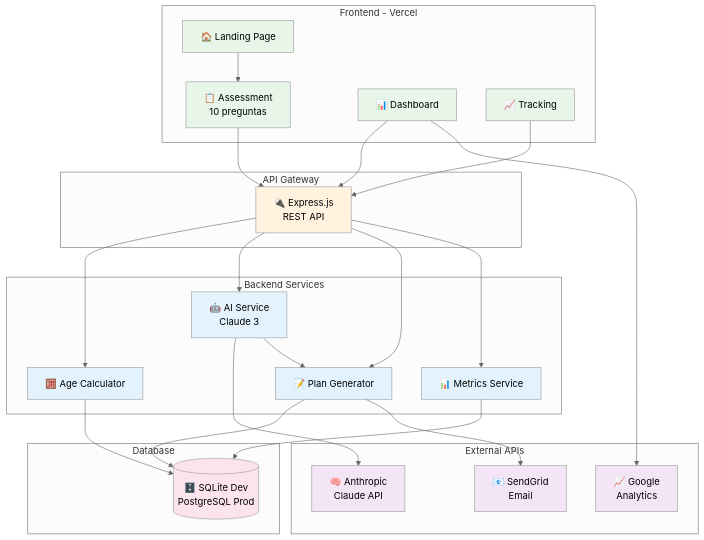
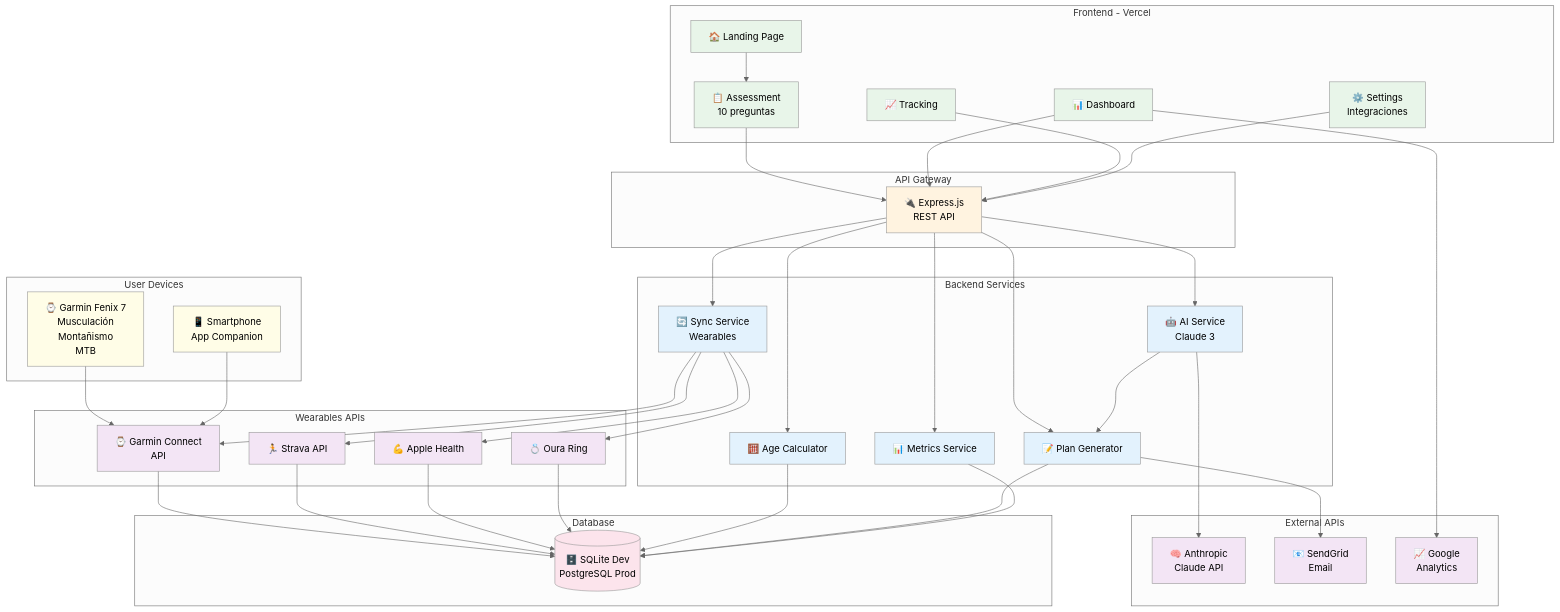
Before and after one commit to DivergentiADM/95plus5: the diagram in arquitectura.md, drawn with Mermaid (neutral theme).

Commit message:
arquitectura.md

````diff
--- a/arquitectura.md
+++ b/arquitectura.md
@@ -5,59 +5,96 @@
         B[📋 Assessment<br/>10 preguntas]
         C[📊 Dashboard]
         D[📈 Tracking]
+        E[⚙️ Settings<br/>Integraciones]
     end
     
     subgraph "API Gateway"
-        E[🔌 Express.js<br/>REST API]
+        F[🔌 Express.js<br/>REST API]
     end
     
     subgraph "Backend Services"
-        F[🧮 Age Calculator]
-        G[🤖 AI Service<br/>Claude 3]
-        H[📝 Plan Generator]
-        I[📊 Metrics Service]
+        G[🧮 Age Calculator]
+        H[🤖 AI Service<br/>Claude 3]
+        I[📝 Plan Generator]
+        J[📊 Metrics Service]
+        K[🔄 Sync Service<br/>Wearables]
     end
     
     subgraph "Database"
-        J[(🗄️ SQLite Dev<br/>PostgreSQL Prod)]
+        L[(🗄️ SQLite Dev<br/>PostgreSQL Prod)]
+    end
+    
+    subgraph "Wearables APIs"
+        M[⌚ Garmin Connect<br/>API]
+        N[🏃 Strava API]
+        O[💪 Apple Health]
+        P[💍 Oura Ring]
     end
     
     subgraph "External APIs"
-        K[🧠 Anthropic<br/>Claude API]
-        L[📧 SendGrid<br/>Email]
-        M[📈 Google<br/>Analytics]
+        Q[🧠 Anthropic<br/>Claude API]
+        R[📧 SendGrid<br/>Email]
+        S[📈 Google<br/>Analytics]
     end
     
+    subgraph "User Devices"
+        T[⌚ Garmin Fenix 7<br/>Musculación<br/>Montañismo<br/>MTB]
+        U[📱 Smartphone<br/>App Companion]
+    end
+    
+    T --> M
+    U --> M
+    
     A --> B
-    B --> E
-    C --> E
-    D --> E
+    B --> F
+    C --> F
+    D --> F
+    E --> F
     
-    E --> F
-    E --> G
-    E --> H
-    E --> I
+    F --> G
+    F --> H
+    F --> I
+    F --> J
+    F --> K
     
-    F --> J
-    G --> K
-    H --> J
-    I --> J
+    K --> M
+    K --> N
+    K --> O
+    K --> P
     
-    G --> H
-    H --> L
-    C --> M
+    M --> L
+    N --> L
+    O --> L
+    P --> L
+    
+    G --> L
+    H --> Q
+    I --> L
+    J --> L
+    
+    H --> I
+    I --> R
+    C --> S
     
     style A fill:#E8F5E9
     style B fill:#E8F5E9
     style C fill:#E8F5E9
     style D fill:#E8F5E9
-    style E fill:#FFF3E0
-    style F fill:#E3F2FD
+    style E fill:#E8F5E9
+    style F fill:#FFF3E0
     style G fill:#E3F2FD
     style H fill:#E3F2FD
     style I fill:#E3F2FD
-    style J fill:#FCE4EC
-    style K fill:#F3E5F5
-    style L fill:#F3E5F5
+    style J fill:#E3F2FD
+    style K fill:#E3F2FD
+    style L fill:#FCE4EC
     style M fill:#F3E5F5
+    style N fill:#F3E5F5
+    style O fill:#F3E5F5
+    style P fill:#F3E5F5
+    style Q fill:#F3E5F5
+    style R fill:#F3E5F5
+    style S fill:#F3E5F5
+    style T fill:#FFFDE7
+    style U fill:#FFFDE7
 ```
````
